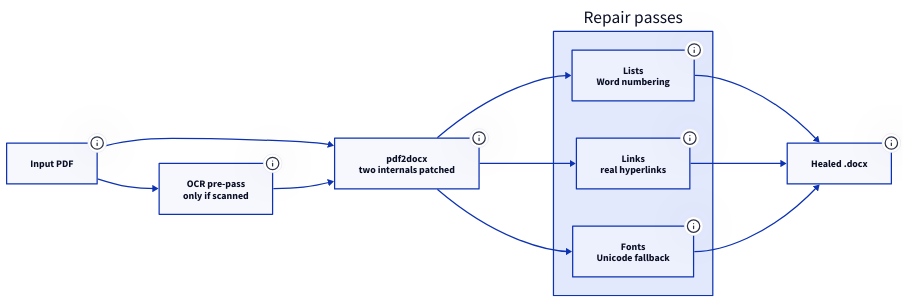
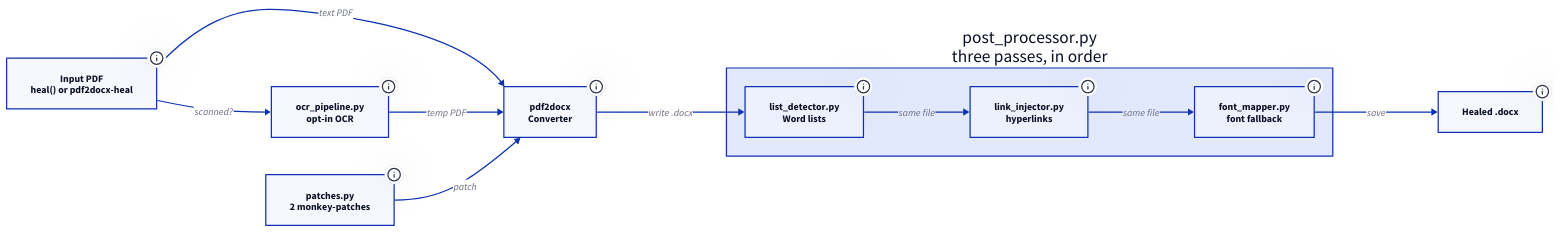
The diagram in data/projects/diagrams/pdf2docx-healer-pipeline.d2 (kunalgoesbyken/portfoliov1), drawn with D2 before and after one commit. The commit also changed 54 other files, not shown here.

Commit message:
Describe each architecture from its codebase, add stack logos, drop redundant stats and card styling

```diff
--- a/data/projects/diagrams/pdf2docx-healer-pipeline.d2
+++ b/data/projects/diagrams/pdf2docx-healer-pipeline.d2
@@ -1,47 +1,51 @@
 direction: right
 
-pdf: Input PDF {
+pdf: Input PDF\nheal() or pdf2docx-heal {
   class: external
-  tooltip: "Text or scanned. A page counts as scanned when it has almost no text; OCR kicks in when more than 30 percent of pages are scanned."
+  tooltip: "Text or scanned. heal() in converter.py is the entry point, and the pdf2docx-heal command in cli.py calls it with flags for OCR and for switching each repair off."
 }
 
-ocr: OCR pre-pass\nonly if scanned {
+ocr: ocr_pipeline.py\nopt-in OCR {
   class: model
-  tooltip: "PyMuPDF Tesseract integration produces a temporary text-layer PDF at 300 DPI. Without Tesseract installed it logs and carries on."
+  tooltip: "Runs only with --ocr. A page with under 50 characters of text counts as scanned, and when more than 30 percent of pages are scanned each one is rendered at 300 DPI and OCR'd by PyMuPDF's Tesseract call into a temp PDF. A page whose OCR fails is copied unchanged."
 }
 
-convert: pdf2docx\ntwo internals patched {
+patches: patches.py\n2 monkey-patches {
   class: service
-  tooltip: "Upstream is_list_item always returned false and a list_not_table flag was dropped along the call chain, so lists became invisible tables. Two monkey-patches fix both, applied once per process, instead of forking an unmaintained project."
+  tooltip: "Replaces pdf2docx.common.share.is_list_item, which never matches upstream, and wraps Blocks.collect_stream_lines to force list_not_table=True. Applied once per process, only when list repair is on."
 }
 
-repair: Repair passes {
+convert: pdf2docx\nConverter {
+  class: service
+  tooltip: "The upstream converter, unmodified apart from the two patches. It writes the first-pass .docx to disk."
+}
+
+repair: post_processor.py\nthree passes, in order {
   class: zone
-  lists: Lists\nWord numbering {
+  lists: list_detector.py\nWord lists {
     class: service
-    tooltip: "Splits list items out of merged paragraphs, detects nesting from indentation and applies Word list styles. Lettered and roman lists get generated OOXML numbering definitions, and a sequence-reset check keeps headings like 4. Results as headings."
+    tooltip: "Splits merged paragraphs on bullet and number prefixes, reads nesting from the left indent and applies the built-in List Bullet and List Number styles. Lettered and roman lists get a generated OOXML numbering definition, and a sequence-reset check keeps titles like 4. Results as normal paragraphs."
   }
-  links: Links\nreal hyperlinks {
+  links: link_injector.py\nhyperlinks {
     class: service
-    tooltip: "Finds http, https, ftp, www and mailto text inside runs and replaces it with real w:hyperlink elements with external relationships."
+    tooltip: "Finds http, https, ftp, www and mailto text in body paragraphs and replaces it with w:hyperlink elements backed by external relationships, with blue underlined runs."
   }
-  fonts: Fonts\nUnicode fallback {
+  fonts: font_mapper.py\nfont fallback {
     class: service
-    tooltip: "Maps missing fonts by name first, then by Unicode range: CJK, Arabic, Hebrew, Thai, Devanagari and Cyrillic."
+    tooltip: "Looks the font name up in a fallback table, then falls back by Unicode range for CJK, Arabic, Hebrew, Thai, Devanagari and Cyrillic text, then to Arial."
   }
+  lists -> links: same file
+  links -> fonts: same file
 }
 
 docx: Healed .docx {
   class: store
-  tooltip: "Each pass has its own error handling, so a failure in one never costs the fixes from the others. On a sample: 0 to 9 real list items and 0 to 3 clickable links."
+  tooltip: "Each pass opens the file with python-docx, edits it and saves it in place, inside its own try block, so one failing pass never costs the fixes from the others."
 }
 
-pdf -> ocr
-pdf -> convert
-ocr -> convert
-convert -> repair.lists
-convert -> repair.links
-convert -> repair.fonts
-repair.lists -> docx
-repair.links -> docx
-repair.fonts -> docx
+pdf -> ocr: scanned?
+pdf -> convert: text PDF
+ocr -> convert: temp PDF
+patches -> convert: patch
+convert -> repair.lists: write .docx
+repair.fonts -> docx: save
```
